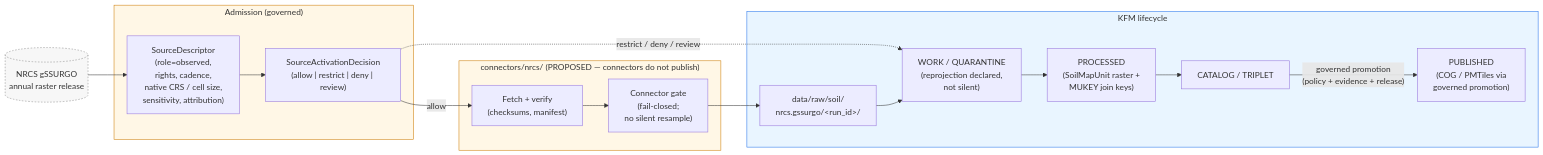
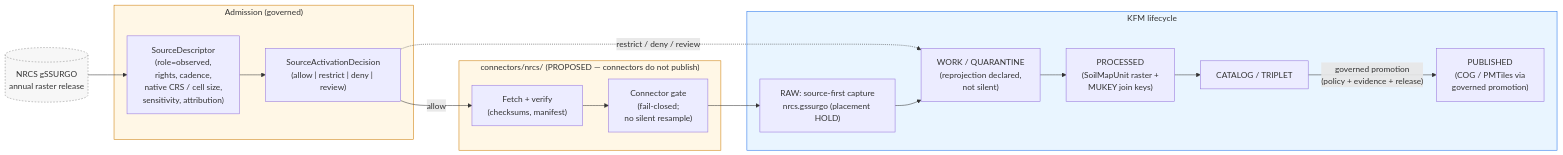
One commit to bartytime4life/Kansas-Frontier-Matrix changed the diagram in docs/sources/catalog/nrcs/gssurgo.md. Above: the diagram before and after it, drawn with Mermaid. The commit also changed other lines of this file and 10 other files, not shown here.

First line of the commit message:
docs(sources): align soil source-catalog RAW paths with source-first DIR-SOURCE-001

````diff
--- a/docs/sources/catalog/nrcs/gssurgo.md
+++ b/docs/sources/catalog/nrcs/gssurgo.md
@@ -287,32 +288,32 @@
 ```mermaid
 flowchart LR
   UPSTREAM[(NRCS gSSURGO<br/>annual raster release)]
   subgraph ADMISSION["Admission (governed)"]
     DESC["SourceDescriptor<br/>(role=observed,<br/>rights, cadence,<br/>native CRS / cell size,<br/>sensitivity, attribution)"]
     ACT["SourceActivationDecision<br/>(allow | restrict | deny | review)"]
   end
   subgraph CONNECTOR["connectors/nrcs/ (PROPOSED — connectors do not publish)"]
     FETCH["Fetch + verify<br/>(checksums, manifest)"]
     CGATE["Connector gate<br/>(fail-closed;<br/>no silent resample)"]
   end
   subgraph LIFECYCLE["KFM lifecycle"]
-    RAW["data/raw/soil/<br/>nrcs.gssurgo/&lt;run_id&gt;/"]
+    RAW["RAW: source-first capture<br/>nrcs.gssurgo (placement HOLD)"]
     WQ["WORK / QUARANTINE<br/>(reprojection declared,<br/>not silent)"]
     PROC["PROCESSED<br/>(SoilMapUnit raster +<br/>MUKEY join keys)"]
     CAT["CATALOG / TRIPLET"]
     PUB["PUBLISHED<br/>(COG / PMTiles via<br/>governed promotion)"]
   end
 
   UPSTREAM --> DESC --> ACT
   ACT -->|allow| FETCH
   ACT -.->|restrict / deny / review| WQ
   FETCH --> CGATE --> RAW --> WQ --> PROC --> CAT
   CAT -->|"governed promotion<br/>(policy + evidence + release)"| PUB
 
   classDef extern fill:#f7f7f7,stroke:#888,stroke-dasharray: 3 3;
   classDef gov fill:#fff7e6,stroke:#cc7a00;
   classDef life fill:#e9f5ff,stroke:#1f6feb;
   class UPSTREAM extern;
   class ADMISSION,CONNECTOR gov;
   class LIFECYCLE life;
 ```
````
